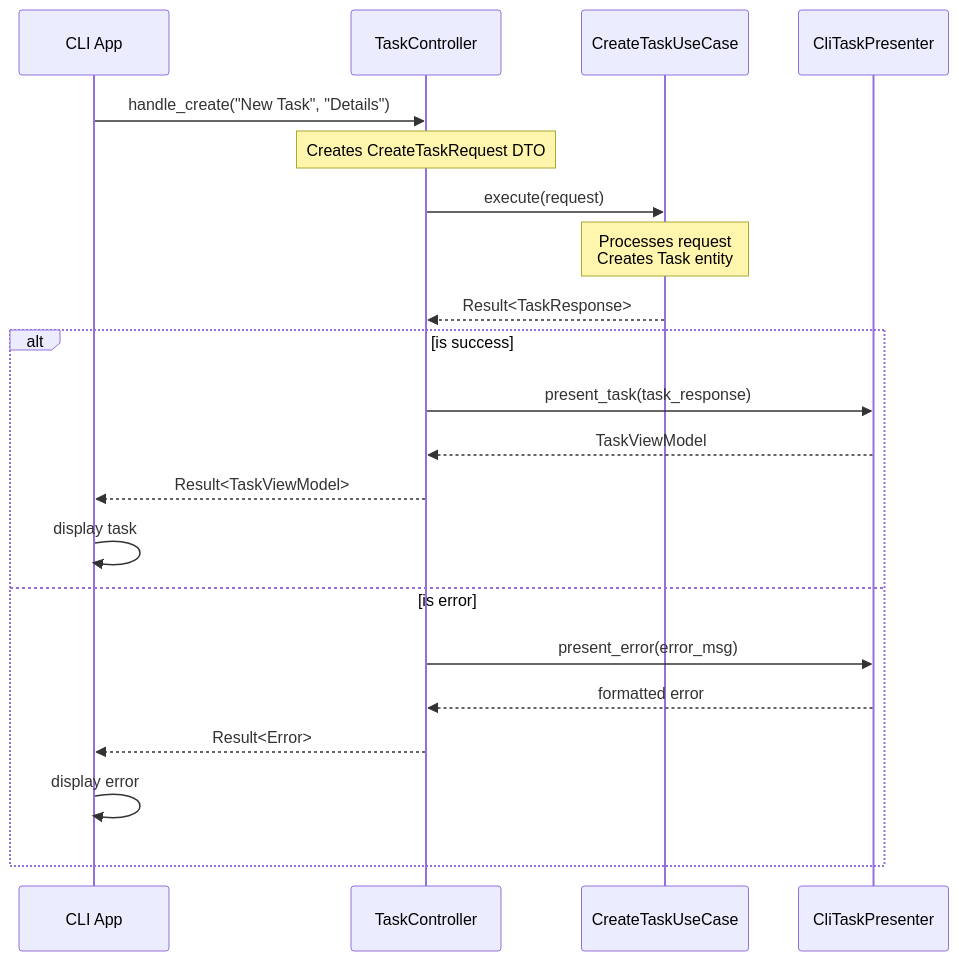
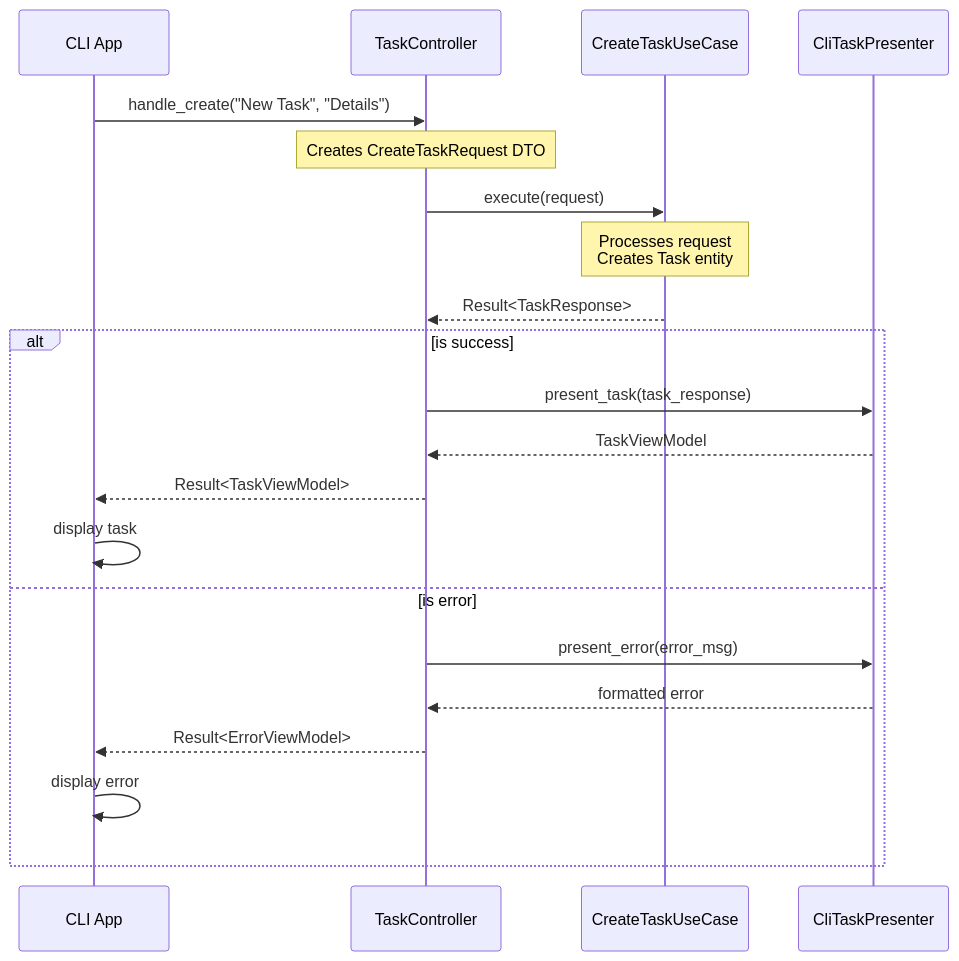
Before and after one commit to PacktPublishing/Clean-Architecture-with-Python: the third of 3 diagrams in Chapter_6/README.md, drawn with Mermaid. The commit also changed other lines of this file and 1 other file, not shown here.

````diff
--- a/Chapter_6/README.md
+++ b/Chapter_6/README.md
@@ -310,29 +333,29 @@
 ```mermaid
 sequenceDiagram
     participant CLI as CLI App
     participant TC as TaskController
     participant UC as CreateTaskUseCase
     participant TP as CliTaskPresenter
     
     CLI->>TC: handle_create("New Task", "Details")
     
     Note over TC: Creates CreateTaskRequest DTO
     
     TC->>UC: execute(request)
     
     Note over UC: Processes request<br/>Creates Task entity
     
     UC-->>TC: Result<TaskResponse>
     
     alt is success
         TC->>TP: present_task(task_response)
         TP-->>TC: TaskViewModel
         TC-->>CLI: Result<TaskViewModel>
         CLI->>CLI: display task
     else is error
         TC->>TP: present_error(error_msg)
         TP-->>TC: formatted error
-        TC-->>CLI: Result<Error>
+        TC-->>CLI: Result<ErrorViewModel>
         CLI->>CLI: display error
     end
 ```
````
